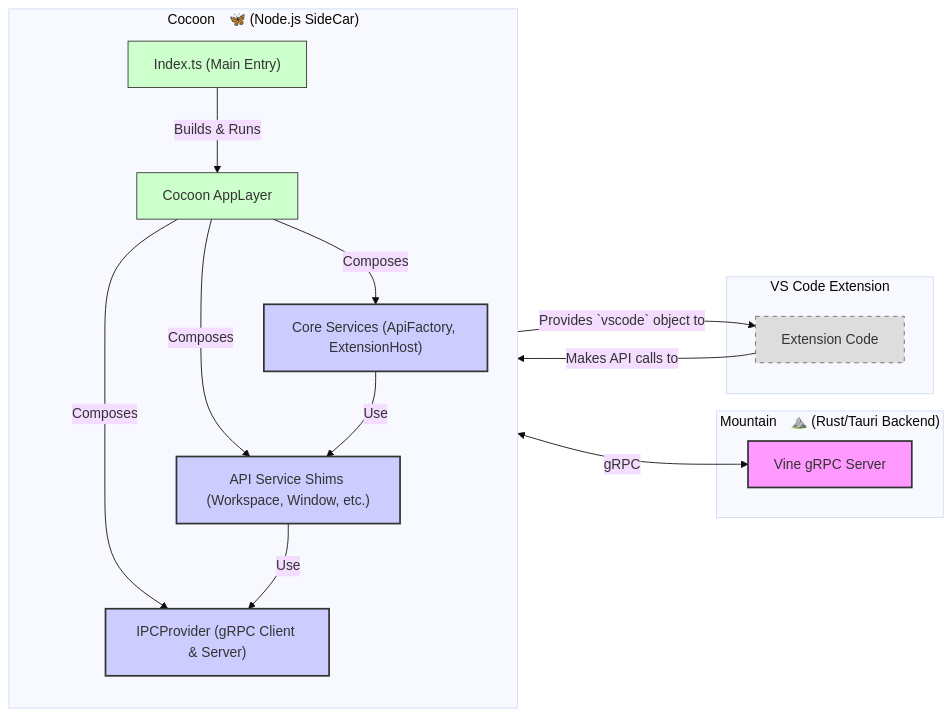
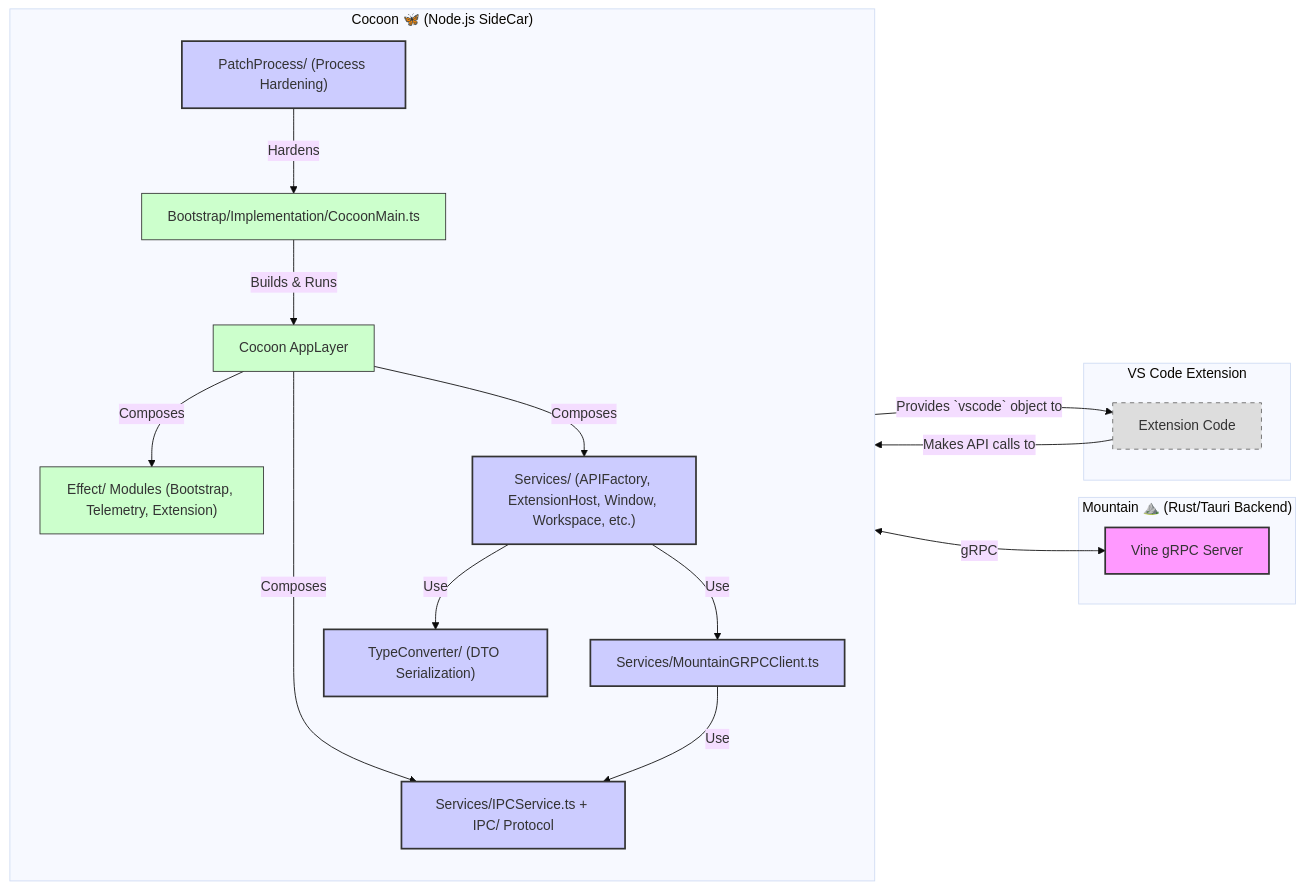
One commit to CodeEditorLand/Cocoon changed the diagram in README.md. Above: the diagram before and after it, drawn with Mermaid (base theme). The commit also changed other lines of this file and 2 other files, not shown here.

````diff
--- a/README.md
+++ b/README.md
@@ -123,36 +148,41 @@
 ```mermaid
 graph LR
-    classDef mountain fill:#f9f,stroke:#333,stroke-width:2px;
-    classDef cocoon fill:#ccf,stroke:#333,stroke-width:2px;
-    classDef effectts fill:#cfc,stroke:#333,stroke-width:1px;
-    classDef vscode fill:#ddd,stroke:#666,stroke-width:1px,stroke-dasharray: 5 5;
+classDef mountain fill:#f9f,stroke:#333,stroke-width:2px;
+classDef cocoon fill:#ccf,stroke:#333,stroke-width:2px;
+classDef effectts fill:#cfc,stroke:#333,stroke-width:1px;
+classDef vscode fill:#ddd,stroke:#666,stroke-width:1px,stroke-dasharray: 5 5;
 
-    subgraph "Cocoon 🦋 (Node.js SideCar)"
-        direction TB
-        Index["Index.ts (Main Entry)"]:::effectts
-        AppLayer["Cocoon AppLayer"]:::effectts
-        CoreServices["Core Services (ApiFactory, ExtensionHost)"]:::cocoon
-        APIServices["API Service Shims (Workspace, Window, etc.)"]:::cocoon
-        IPCService["IPCProvider (gRPC Client & Server)"]:::cocoon
+subgraph "Cocoon 🦋 (Node.js SideCar)"
+direction TB
+Bootstrap["Bootstrap/Implementation/CocoonMain.ts"]:::effectts
+AppLayer["Cocoon AppLayer"]:::effectts
+EffectModules["Effect/ Modules (Bootstrap, Telemetry, Extension)"]:::effectts
+PatchProcess["PatchProcess/ (Process Hardening)"]:::cocoon
+APIServices["Services/ (APIFactory, ExtensionHost, Window, Workspace, etc.)"]:::cocoon
+IPCService["Services/IPCService.ts + IPC/ Protocol"]:::cocoon
+GRPCClient["Services/MountainGRPCClient.ts"]:::cocoon
+TypeConverter["TypeConverter/ (DTO Serialization)"]:::cocoon
 
-        Index -- Builds & Runs --> AppLayer
-        AppLayer -- Composes --> CoreServices
-        AppLayer -- Composes --> APIServices
-        AppLayer -- Composes --> IPCService
-        CoreServices -- Use --> APIServices
-        APIServices -- Use --> IPCService
-    end
+Bootstrap -- Builds & Runs --> AppLayer
+AppLayer -- Composes --> EffectModules
+AppLayer -- Composes --> APIServices
+AppLayer -- Composes --> IPCService
+APIServices -- Use --> GRPCClient
+APIServices -- Use --> TypeConverter
+GRPCClient -- Use --> IPCService
+PatchProcess -- Hardens --> Bootstrap
+end
 
-    subgraph "Mountain ⛰️ (Rust/Tauri Backend)"
-        VineGRPC["Vine gRPC Server"]:::mountain
-    end
+subgraph "Mountain ⛰️ (Rust/Tauri Backend)"
+VineGRPC["Vine gRPC Server"]:::mountain
+end
 
-    subgraph "VS Code Extension"
-        ExtensionCode["Extension Code"]:::vscode
-    end
+subgraph "VS Code Extension"
+ExtensionCode["Extension Code"]:::vscode
+end
 
-    CoreServices -- Provides `vscode` object to --> ExtensionCode
-    ExtensionCode -- Makes API calls to --> CoreServices
+APIServices -- Provides `vscode` object to --> ExtensionCode
+ExtensionCode -- Makes API calls to --> APIServices
 
-    IPCService -- gRPC <--> VineGRPC
+GRPCClient -- gRPC <--> VineGRPC
 ```
````
